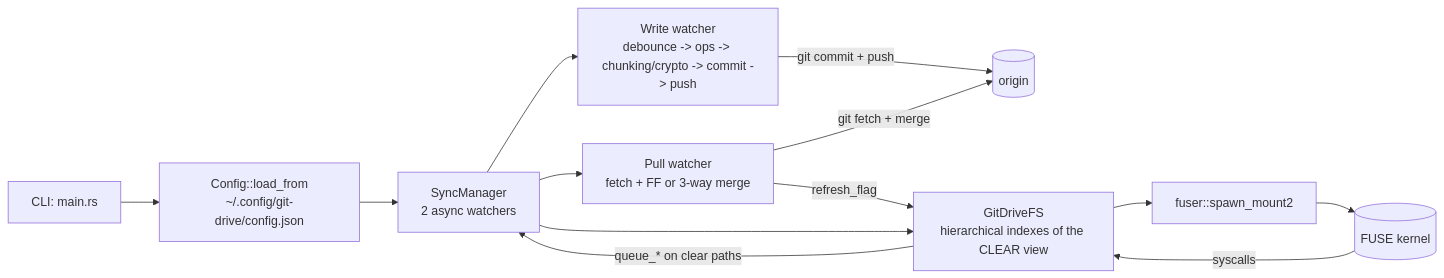
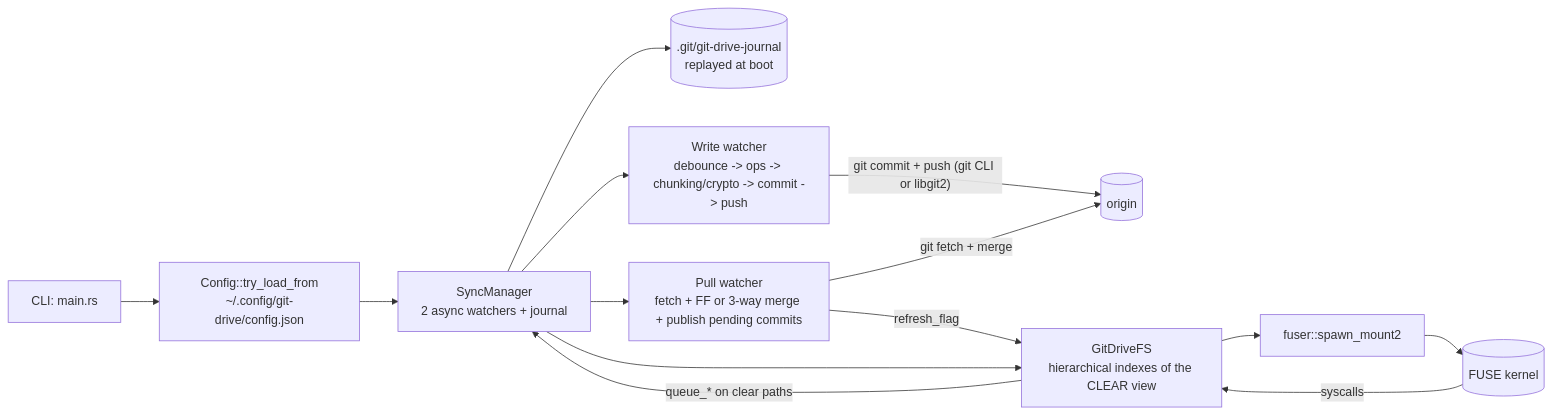
The first of 2 diagrams in docs/architecture.md (giacomeli/git-drive), drawn with Mermaid before and after one commit. The commit also changed other lines of this file and 8 other files, not shown here.

````diff
--- a/docs/architecture.md
+++ b/docs/architecture.md
@@ -22,15 +22,16 @@
 ```mermaid
 flowchart LR
-    CLI[CLI: main.rs] --> Config[Config::load_from<br/>~/.config/git-drive/config.json]
-    Config --> Sync[SyncManager<br/>2 async watchers]
+    CLI[CLI: main.rs] --> Config[Config::try_load_from<br/>~/.config/git-drive/config.json]
+    Config --> Sync[SyncManager<br/>2 async watchers + journal]
+    Sync --> Journal[(".git/git-drive-journal<br/>replayed at boot")]
     Sync --> Write[Write watcher<br/>debounce -> ops -> chunking/crypto -> commit -> push]
-    Sync --> Pull[Pull watcher<br/>fetch + FF or 3-way merge]
+    Sync --> Pull[Pull watcher<br/>fetch + FF or 3-way merge + publish pending commits]
     Sync --> FS[GitDriveFS<br/>hierarchical indexes of the CLEAR view]
     FS --> Mount[fuser::spawn_mount2]
     Mount --> Kernel[(FUSE kernel)]
     Kernel -- syscalls --> FS
     FS -- queue_* on clear paths --> Sync
-    Write -- git commit + push --> Remote[(origin)]
+    Write -- git commit + push (git CLI or libgit2) --> Remote[(origin)]
     Pull -- git fetch + merge --> Remote
     Pull -- refresh_flag --> FS
 ```
````
